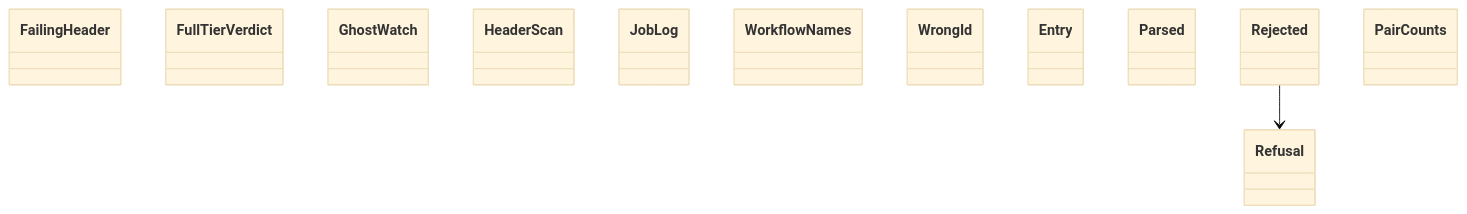
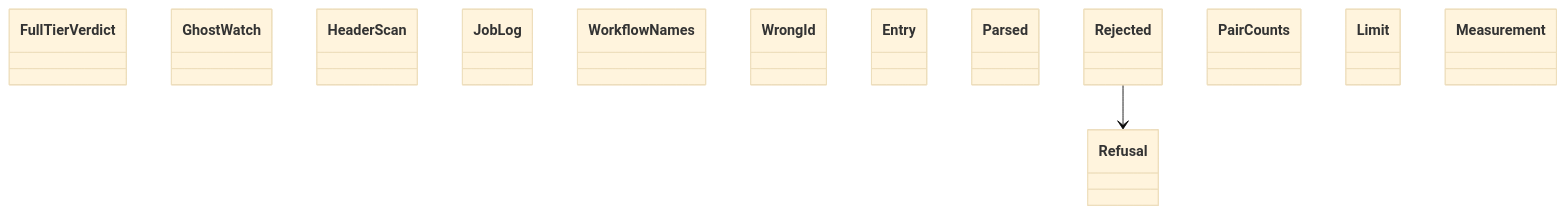
One commit to GonzaloZevallos/agentic-system changed the diagram in docs/architecture/generated/classes-process-domain-checks-2.md. Above: the diagram before and after it, drawn with Mermaid (base theme). The commit also changed other lines of this file and 3 other files, not shown here.

Commit message:
Regenerate the class diagrams for the new UngrantedWorkers exception

````diff
--- a/docs/architecture/generated/classes-process-domain-checks-2.md
+++ b/docs/architecture/generated/classes-process-domain-checks-2.md
@@ -33,16 +33,17 @@
 ```mermaid
 classDiagram
-    class ci__FailingHeader["FailingHeader"]
     class ci__FullTierVerdict["FullTierVerdict"]
     class ci__GhostWatch["GhostWatch"]
     class ci__HeaderScan["HeaderScan"]
     class ci__JobLog["JobLog"]
     class ci_workflow__WorkflowNames["WorkflowNames"]
     class ci_workflow__WrongId["WrongId"]
     class coverage__Entry["Entry"]
     class coverage__Parsed["Parsed"]
     class coverage__Refusal["Refusal"]
     class coverage__Rejected["Rejected"]
     class merge_ci__PairCounts["PairCounts"]
+    class performance__Limit["Limit"]
+    class performance__Measurement["Measurement"]
     coverage__Rejected --> coverage__Refusal
 ```
````
